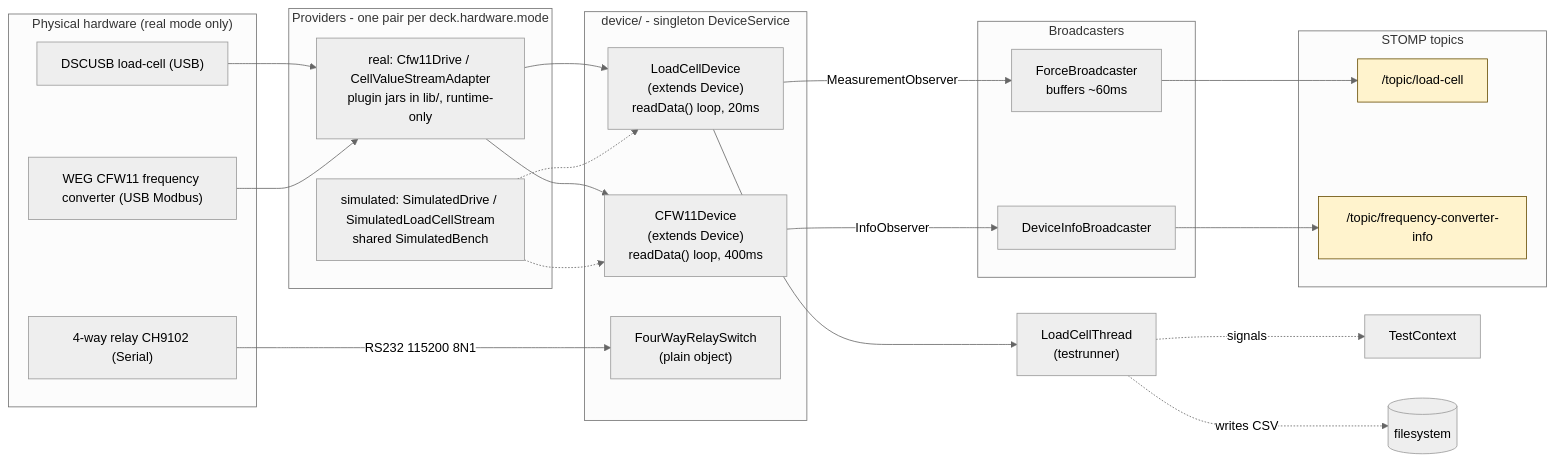
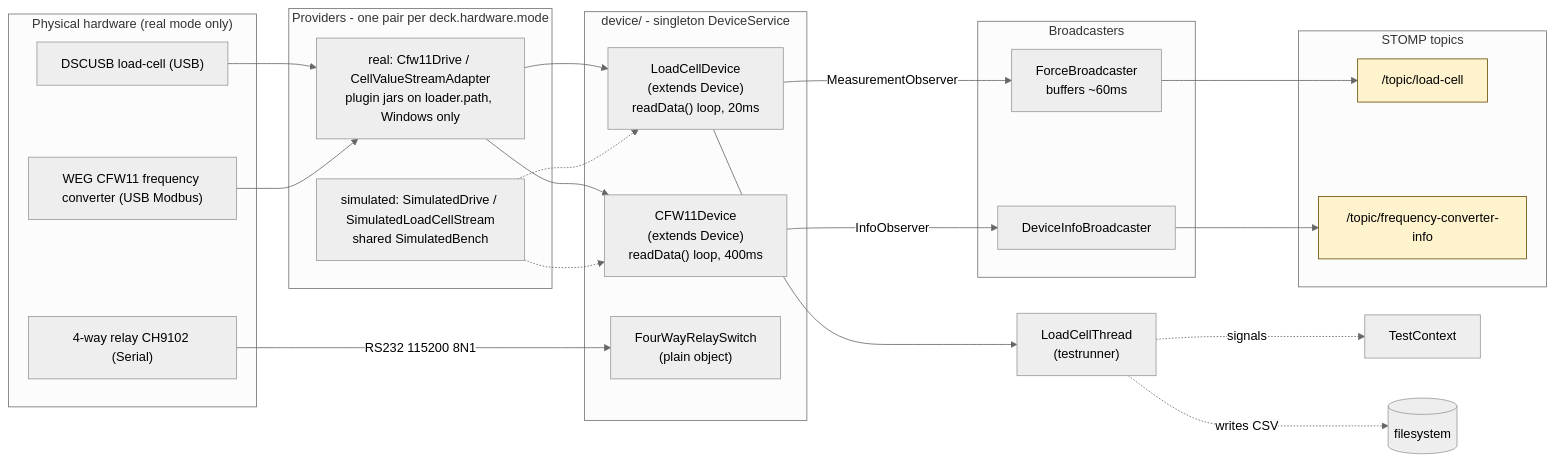
Before and after one commit to rupfizupfi/breaktest-command-deck: the diagram in doc/diagrams/src/hardware-layer.mmd, drawn with Mermaid (neutral theme). The commit also changed 9 other files, not shown here.

```diff
--- a/doc/diagrams/src/hardware-layer.mmd
+++ b/doc/diagrams/src/hardware-layer.mmd
@@ -1,46 +1,46 @@
 %% Hardware layer: hardware -> provider -> device -> broadcaster -> WebSocket topic
 %% Branch: dev-split @ 2026-08-17
 flowchart LR
     subgraph Hardware["Physical hardware (real mode only)"]
         DSC["DSCUSB load-cell (USB)"]
         CFW["WEG CFW11 frequency converter (USB Modbus)"]
         REL["4-way relay CH9102 (Serial)"]
     end
 
     subgraph Providers["Providers - one pair per deck.hardware.mode"]
-        VEND["real: Cfw11Drive / CellValueStreamAdapter<br/>plugin jars in lib/, runtime-only"]
+        VEND["real: Cfw11Drive / CellValueStreamAdapter<br/>plugin jars on loader.path, Windows only"]
         SIM["simulated: SimulatedDrive / SimulatedLoadCellStream<br/>shared SimulatedBench"]
     end
 
     subgraph DeviceLayer["device/ - singleton DeviceService"]
         LCD["LoadCellDevice<br/>(extends Device)<br/>readData() loop, 20ms"]
         CFD["CFW11Device<br/>(extends Device)<br/>readData() loop, 400ms"]
         FRS["FourWayRelaySwitch<br/>(plain object)"]
     end
 
     subgraph Broadcasters
         FB["ForceBroadcaster<br/>buffers ~60ms"]
         DIB["DeviceInfoBroadcaster"]
     end
 
     subgraph Topics["STOMP topics"]
         T1["/topic/load-cell"]
         T2["/topic/frequency-converter-info"]
     end
 
     DSC --> VEND
     CFW --> VEND
     REL -->|"RS232 115200 8N1"| FRS
     VEND --> LCD
     VEND --> CFD
     SIM -.-> LCD
     SIM -.-> CFD
 
     LCD -->|MeasurementObserver| FB --> T1
     CFD -->|InfoObserver| DIB --> T2
     LCD --> LCT["LoadCellThread<br/>(testrunner)"]
     LCT -.->|signals| TC[TestContext]
     LCT -.->|writes CSV| FS[(filesystem)]
 
     classDef topic fill:#fff3cd,stroke:#664d03
     class T1,T2 topic
```
